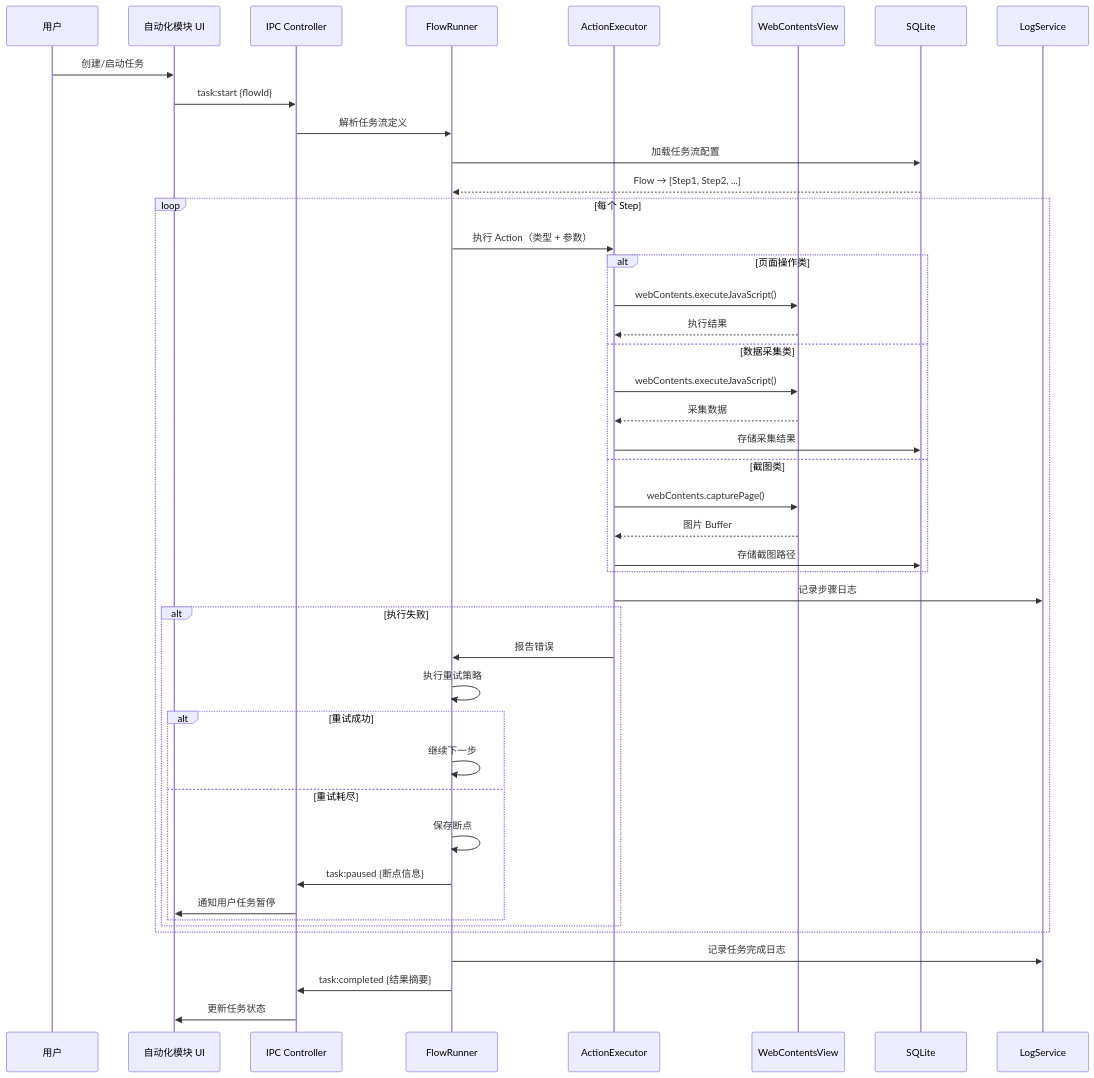
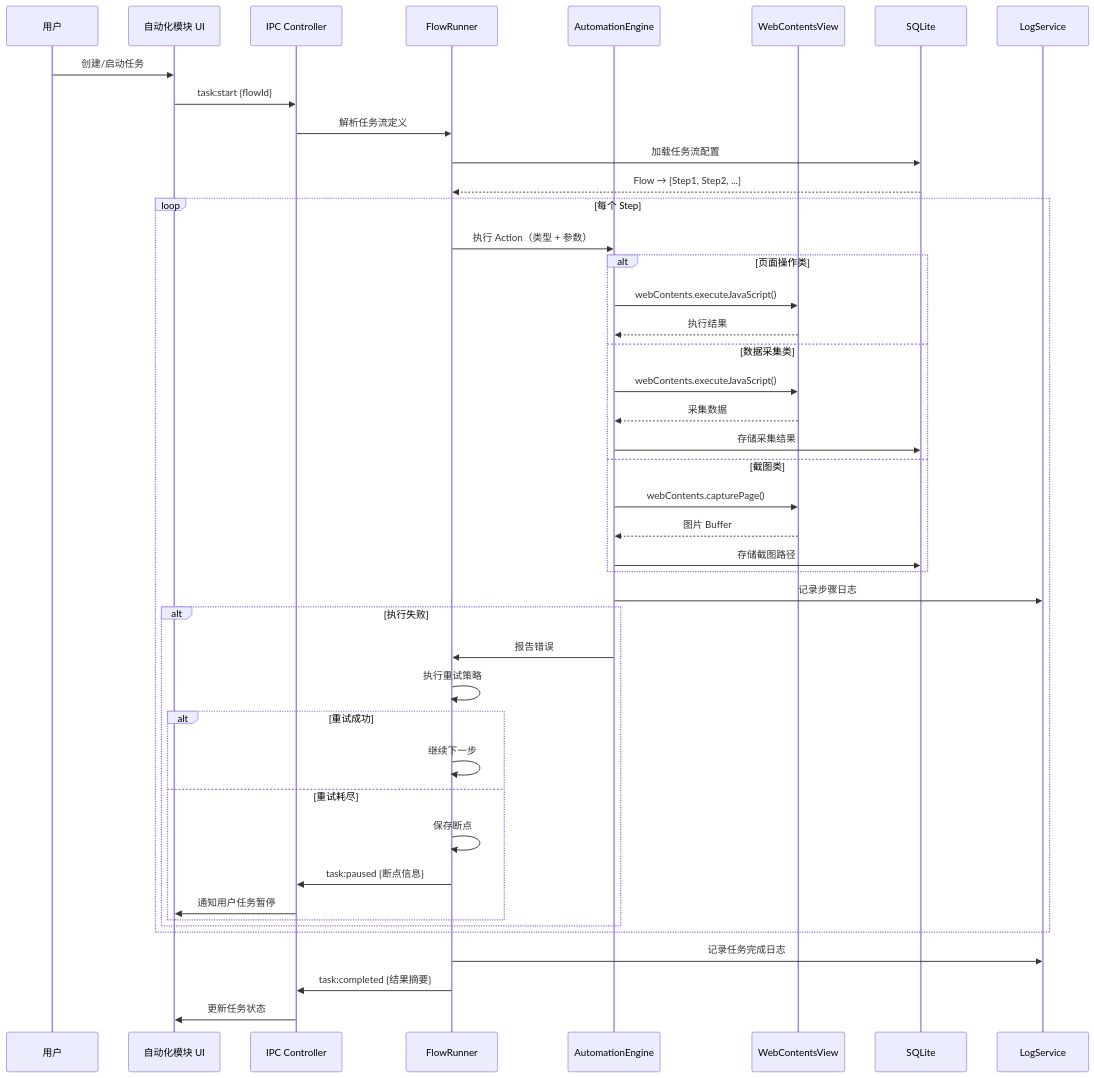
The fourth of 9 diagrams in docs/architecture.md (Oracle0703/yclaw), drawn with Mermaid before and after one commit. The commit also changed other lines of this file and 29 other files, not shown here.

````diff
--- a/docs/architecture.md
+++ b/docs/architecture.md
@@ -192,53 +203,53 @@
 ```mermaid
 sequenceDiagram
     participant User as 用户
     participant UI as 自动化模块 UI
     participant IPC as IPC Controller
     participant FR as FlowRunner
-    participant AE as ActionExecutor
+    participant AE as AutomationEngine
     participant WCV as WebContentsView
     participant DB as SQLite
     participant LOG as LogService
 
     User->>UI: 创建/启动任务
     UI->>IPC: task:start {flowId}
     IPC->>FR: 解析任务流定义
 
     FR->>DB: 加载任务流配置
     DB-->>FR: Flow → [Step1, Step2, ...]
 
     loop 每个 Step
         FR->>AE: 执行 Action（类型 + 参数）
 
         alt 页面操作类
             AE->>WCV: webContents.executeJavaScript()
             WCV-->>AE: 执行结果
         else 数据采集类
             AE->>WCV: webContents.executeJavaScript()
             WCV-->>AE: 采集数据
             AE->>DB: 存储采集结果
         else 截图类
             AE->>WCV: webContents.capturePage()
             WCV-->>AE: 图片 Buffer
             AE->>DB: 存储截图路径
         end
 
         AE->>LOG: 记录步骤日志
 
         alt 执行失败
             AE->>FR: 报告错误
             FR->>FR: 执行重试策略
             alt 重试成功
                 FR->>FR: 继续下一步
             else 重试耗尽
                 FR->>FR: 保存断点
                 FR->>IPC: task:paused {断点信息}
                 IPC->>UI: 通知用户任务暂停
             end
         end
     end
 
     FR->>LOG: 记录任务完成日志
     FR->>IPC: task:completed {结果摘要}
     IPC->>UI: 更新任务状态
 ```
````
